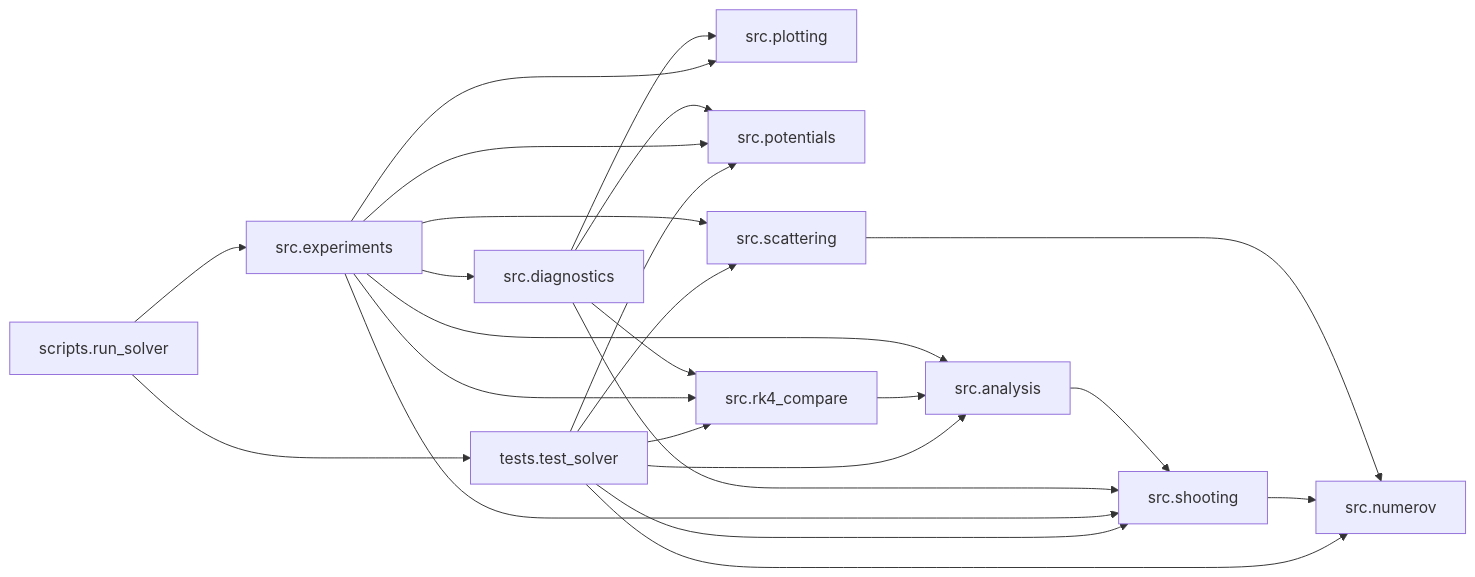
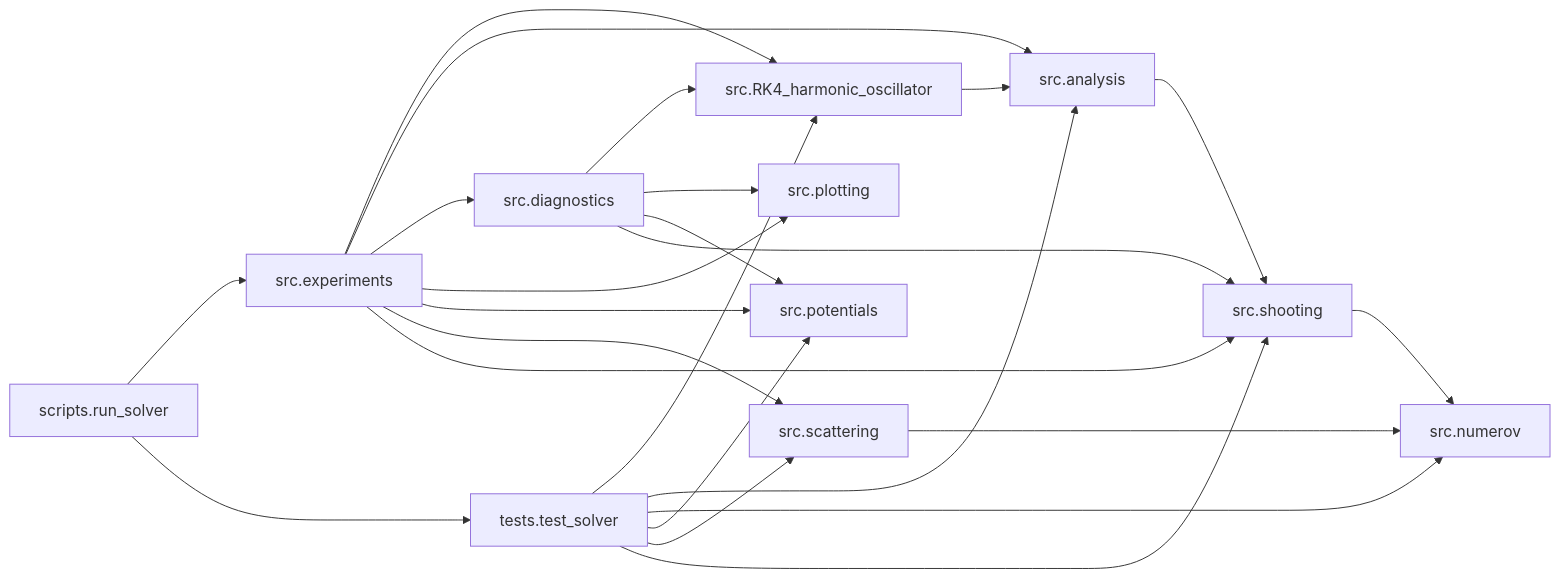
One commit to alons126/Numerov-bound-states changed the first of 9 diagrams in docs/code_map/code_map.md. Above: the diagram before and after it, drawn with Mermaid. The commit also changed other lines of this file and 26 other files, not shown here.

````diff
--- a/docs/code_map/code_map.md
+++ b/docs/code_map/code_map.md
@@ -48,26 +48,26 @@
 ```mermaid
 flowchart LR
     scripts_run_solver[scripts.run_solver] --> src_experiments[src.experiments]
     scripts_run_solver[scripts.run_solver] --> tests_test_solver[tests.test_solver]
+    src_RK4_harmonic_oscillator[src.RK4_harmonic_oscillator] --> src_analysis[src.analysis]
     src_analysis[src.analysis] --> src_shooting[src.shooting]
+    src_diagnostics[src.diagnostics] --> src_RK4_harmonic_oscillator[src.RK4_harmonic_oscillator]
     src_diagnostics[src.diagnostics] --> src_plotting[src.plotting]
     src_diagnostics[src.diagnostics] --> src_potentials[src.potentials]
-    src_diagnostics[src.diagnostics] --> src_rk4_compare[src.rk4_compare]
     src_diagnostics[src.diagnostics] --> src_shooting[src.shooting]
+    src_experiments[src.experiments] --> src_RK4_harmonic_oscillator[src.RK4_harmonic_oscillator]
     src_experiments[src.experiments] --> src_analysis[src.analysis]
     src_experiments[src.experiments] --> src_diagnostics[src.diagnostics]
     src_experiments[src.experiments] --> src_plotting[src.plotting]
     src_experiments[src.experiments] --> src_potentials[src.potentials]
-    src_experiments[src.experiments] --> src_rk4_compare[src.rk4_compare]
     src_experiments[src.experiments] --> src_scattering[src.scattering]
     src_experiments[src.experiments] --> src_shooting[src.shooting]
-    src_rk4_compare[src.rk4_compare] --> src_analysis[src.analysis]
     src_scattering[src.scattering] --> src_numerov[src.numerov]
     src_shooting[src.shooting] --> src_numerov[src.numerov]
+    tests_test_solver[tests.test_solver] --> src_RK4_harmonic_oscillator[src.RK4_harmonic_oscillator]
     tests_test_solver[tests.test_solver] --> src_analysis[src.analysis]
     tests_test_solver[tests.test_solver] --> src_numerov[src.numerov]
     tests_test_solver[tests.test_solver] --> src_potentials[src.potentials]
-    tests_test_solver[tests.test_solver] --> src_rk4_compare[src.rk4_compare]
     tests_test_solver[tests.test_solver] --> src_scattering[src.scattering]
     tests_test_solver[tests.test_solver] --> src_shooting[src.shooting]
 ```
````
